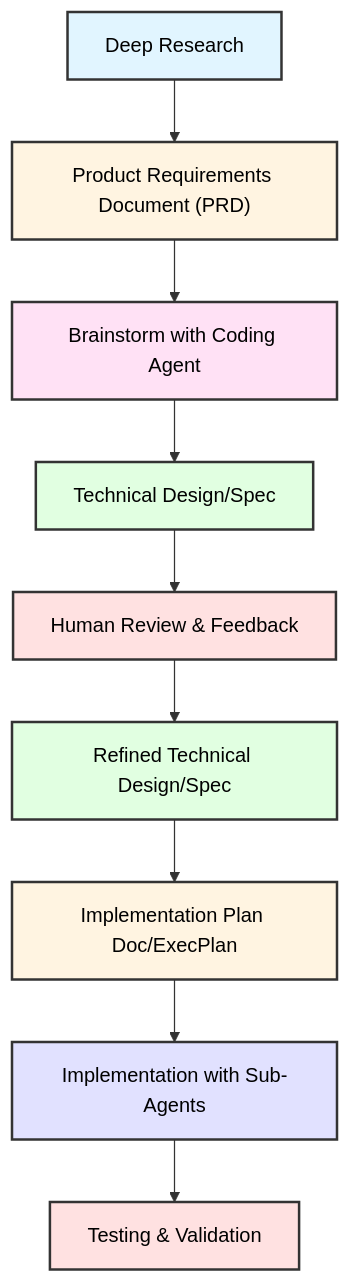
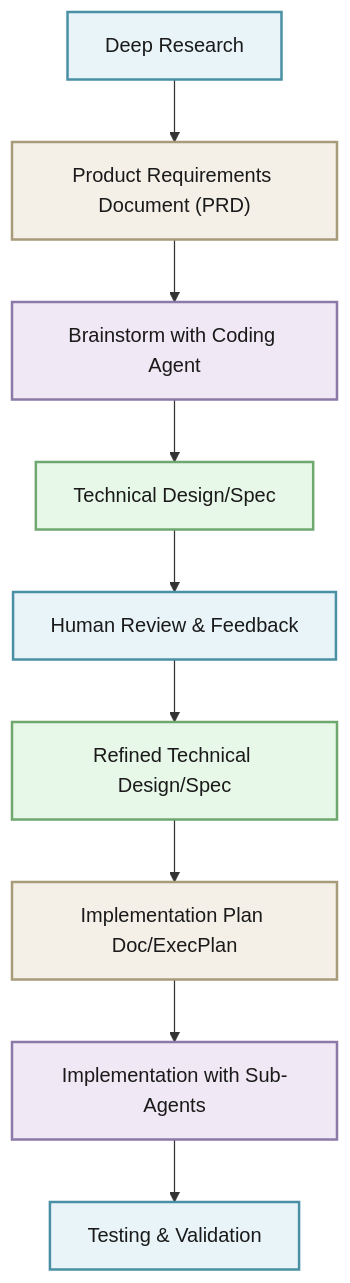
The diagram in src/content/blog/ai-coding-infrastructure.mdx (lavaman131/lavaman131.github.io), drawn with Mermaid before and after one commit. The commit also changed 3 other files, not shown here.

Commit message:
updated mermaid diagram + blog

````diff
--- a/src/content/blog/ai-coding-infrastructure.mdx
+++ b/src/content/blog/ai-coding-infrastructure.mdx
@@ -104,21 +104,37 @@
 ```mermaid
+%%{init: {
+  'theme': 'default',
+  'flowchart': {
+    'htmlLabels': false,
+    'wrap': true
+  },
+  'themeVariables': {
+    'primaryColor': '#E8F4F8',
+    'primaryTextColor': '#1a1a1a',
+    'primaryBorderColor': '#4A90A4',
+    'secondaryColor': '#F0E8F4',
+    'secondaryTextColor': '#1a1a1a',
+    'secondaryBorderColor': '#8B7AA8',
+    'tertiaryColor': '#F4F0E8',
+    'tertiaryTextColor': '#1a1a1a',
+    'tertiaryBorderColor': '#A89B7A',
+    'noteBkgColor': '#E8F8E8',
+    'noteTextColor': '#1a1a1a',
+    'noteBorderColor': '#6FA86F'
+  }
+}}%%
 graph TD
-    A[Deep Research] --> B["Product Requirements Document (PRD)"]
-    B --> C[Brainstorm with Coding Agent]
-    C --> D[Technical Design/Spec]
-    D --> E[Human Review & Feedback]
-    E --> F[Refined Technical Design/Spec]
-    F --> G[Implementation Plan Doc/ExecPlan]
-    G --> H[Implementation with Sub-Agents]
-    H --> I[Testing & Validation]
+    A[Deep Research]:::primaryStyle --> B["Product Requirements Document (PRD)"]:::tertiaryStyle
+    B --> C[Brainstorm with Coding Agent]:::secondaryStyle
+    C --> D[Technical Design/Spec]:::noteStyle
+    D --> E[Human Review & Feedback]:::primaryStyle
+    E --> F[Refined Technical Design/Spec]:::noteStyle
+    F --> G[Implementation Plan Doc/ExecPlan]:::tertiaryStyle
+    G --> H[Implementation with Sub-Agents]:::secondaryStyle
+    H --> I[Testing & Validation]:::primaryStyle
     
-    style A fill:#e1f5ff,stroke:#333,stroke-width:2px,color:#000
-    style B fill:#fff4e1,stroke:#333,stroke-width:2px,color:#000
-    style C fill:#ffe1f5,stroke:#333,stroke-width:2px,color:#000
-    style D fill:#e1ffe1,stroke:#333,stroke-width:2px,color:#000
-    style E fill:#ffe1e1,stroke:#333,stroke-width:2px,color:#000
-    style F fill:#e1ffe1,stroke:#333,stroke-width:2px,color:#000
-    style G fill:#fff4e1,stroke:#333,stroke-width:2px,color:#000
-    style H fill:#e1e1ff,stroke:#333,stroke-width:2px,color:#000
-    style I fill:#ffe1e1,stroke:#333,stroke-width:2px,color:#000
+    classDef primaryStyle fill:#E8F4F8,stroke:#4A90A4,stroke-width:2px,color:#1a1a1a
+    classDef secondaryStyle fill:#F0E8F4,stroke:#8B7AA8,stroke-width:2px,color:#1a1a1a
+    classDef tertiaryStyle fill:#F4F0E8,stroke:#A89B7A,stroke-width:2px,color:#1a1a1a
+    classDef noteStyle fill:#E8F8E8,stroke:#6FA86F,stroke-width:2px,color:#1a1a1a
 ```
````
